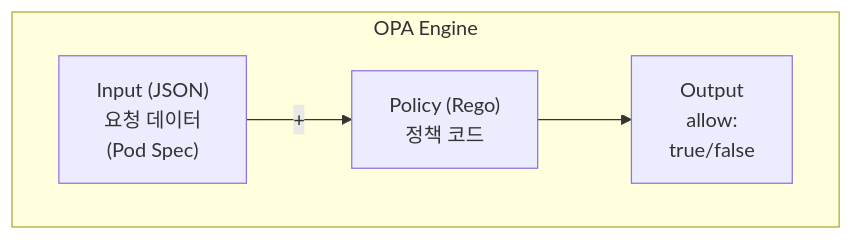
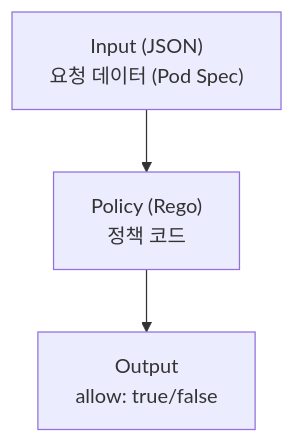
One commit to K-Diger/k-diger.github.io changed the first of 2 diagrams in _posts/2026-01-21-kubernetes-opa-gatekeeper.md. Above: the diagram before and after it, drawn with Mermaid. The commit also changed 13 other files, not shown here.

````diff
--- a/_posts/2026-01-21-kubernetes-opa-gatekeeper.md
+++ b/_posts/2026-01-21-kubernetes-opa-gatekeeper.md
@@ -17,11 +17,9 @@
 ```mermaid
-flowchart LR
-    subgraph OPA["OPA Engine"]
-        direction LR
-        input["Input (JSON)<br/>요청 데이터<br/>(Pod Spec)"]
-        policy["Policy (Rego)<br/>정책 코드"]
-        output["Output<br/>allow:<br/>true/false"]
+flowchart TB
+    input["Input (JSON)<br/>요청 데이터 (Pod Spec)"]
+    policy["Policy (Rego)<br/>정책 코드"]
+    output["Output<br/>allow: true/false"]
 
-        input --> |"+"| policy --> output
-    end
+    input --> policy
+    policy --> output
 ```
````
